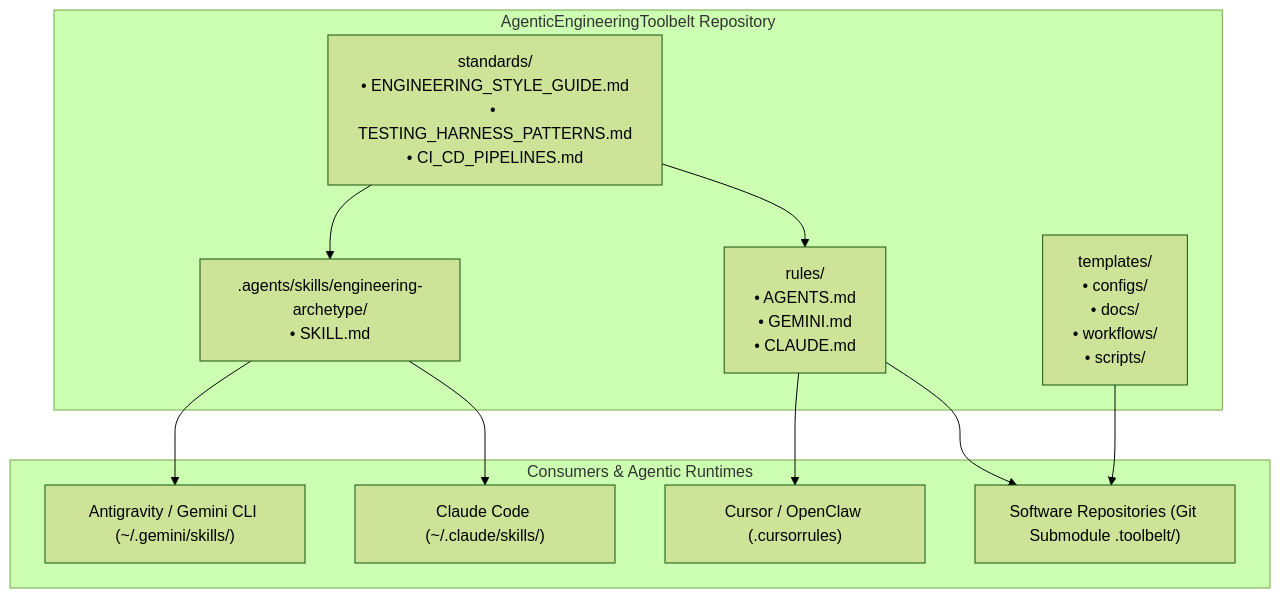
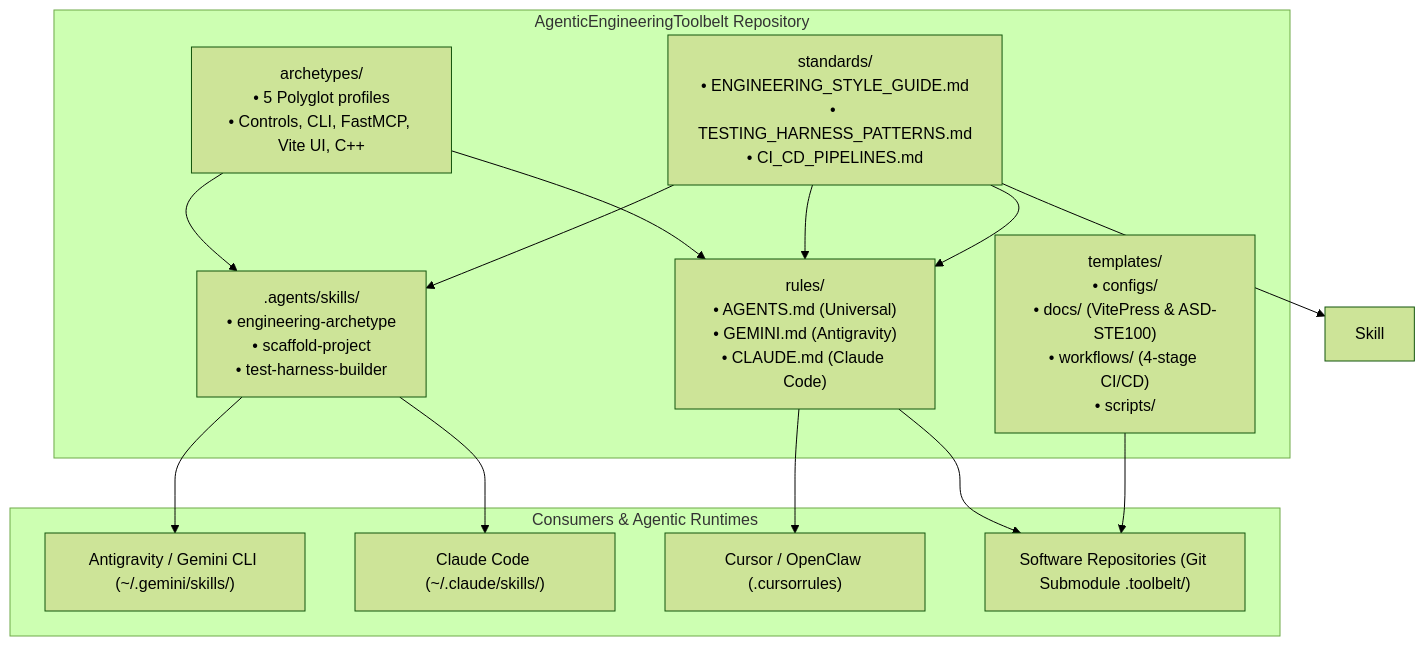
Before and after one commit to spelech/AgenticEngineeringToolbelt: the first of 3 diagrams in ARCHITECTURE.md, drawn with Mermaid (forest theme). The commit also changed other lines of this file and 4 other files, not shown here.

Commit message:
docs(rules,arch): update agent rules and root architecture for git flow and harness patterns

````diff
--- a/ARCHITECTURE.md
+++ b/ARCHITECTURE.md
@@ -9,21 +9,23 @@
 ```mermaid
 flowchart TD
     subgraph Toolbelt["AgenticEngineeringToolbelt Repository"]
+        Archetypes["archetypes/<br>• 5 Polyglot profiles<br>• Controls, CLI, FastMCP, Vite UI, C++"]
         Standards["standards/<br>• ENGINEERING_STYLE_GUIDE.md<br>• TESTING_HARNESS_PATTERNS.md<br>• CI_CD_PIPELINES.md"]
-        Skill[".agents/skills/engineering-archetype/<br>• SKILL.md"]
-        Rules["rules/<br>• AGENTS.md<br>• GEMINI.md<br>• CLAUDE.md"]
-        Templates["templates/<br>• configs/<br>• docs/<br>• workflows/<br>• scripts/"]
+        Skills[".agents/skills/<br>• engineering-archetype<br>• scaffold-project<br>• test-harness-builder"]
+        Rules["rules/<br>• AGENTS.md (Universal)<br>• GEMINI.md (Antigravity)<br>• CLAUDE.md (Claude Code)"]
+        Templates["templates/<br>• configs/<br>• docs/ (VitePress & ASD-STE100)<br>• workflows/ (4-stage CI/CD)<br>• scripts/"]
     end
 
     subgraph Clients["Consumers & Agentic Runtimes"]
         Antigravity["Antigravity / Gemini CLI (~/.gemini/skills/)"]
         Claude["Claude Code (~/.claude/skills/)"]
         Cursor["Cursor / OpenClaw (.cursorrules)"]
         Projects["Software Repositories (Git Submodule .toolbelt/)"]
     end
 
-    Skill --> Antigravity & Claude
+    Archetypes & Standards --> Skills & Rules
+    Skills --> Antigravity & Claude
     Rules --> Projects & Cursor
     Standards --> Skill & Rules
     Templates --> Projects
 ```
````
